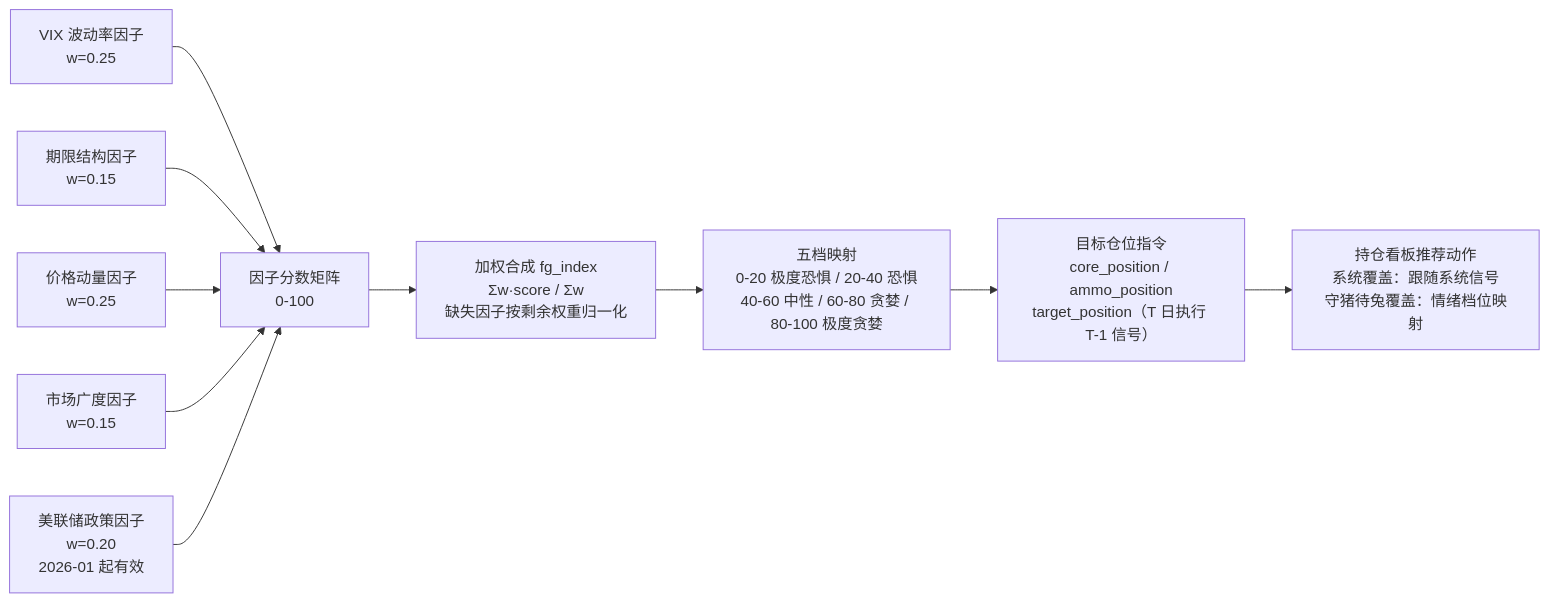
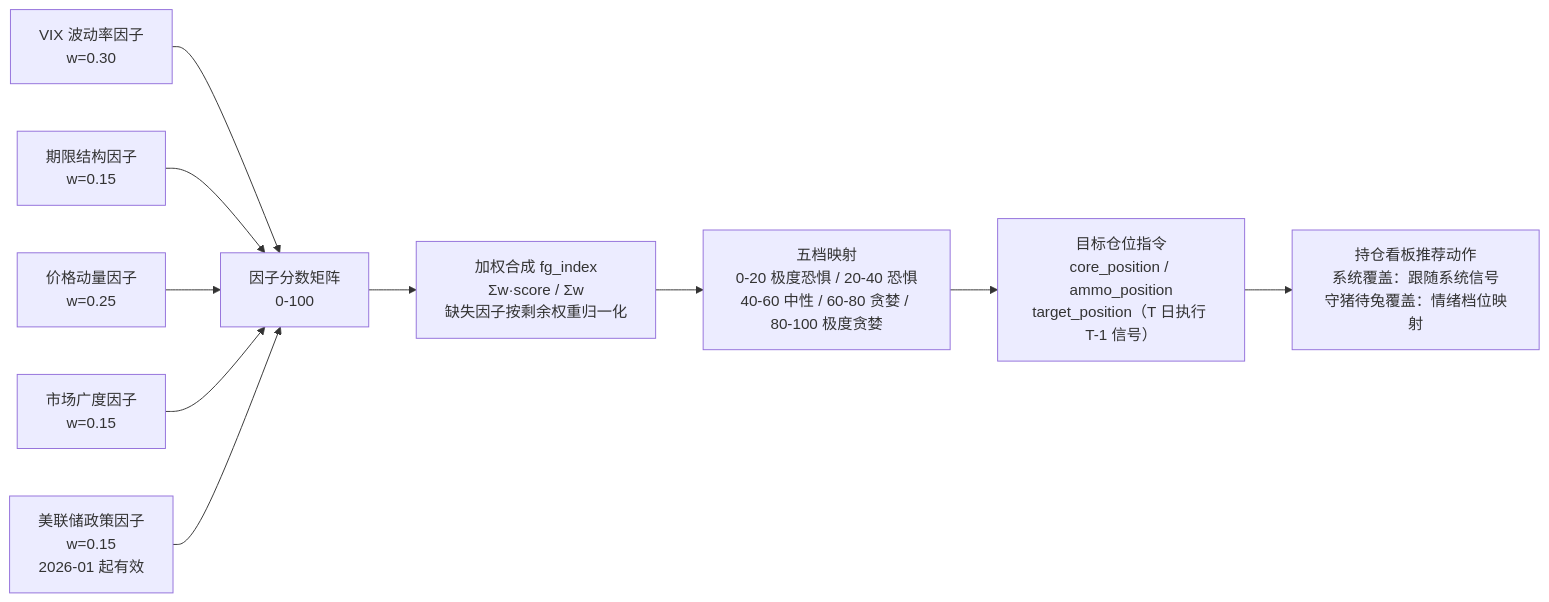
One commit to mengyan183/learning_backtrader changed the second of 2 diagrams in docs/factor-engine.md. Above: the diagram before and after it, drawn with Mermaid. The commit also changed other lines of this file and 2 other files, not shown here.

First line of the commit message:
v2.2 权重校准: fed 0.20→0.15 回补 vix 至 0.30

````diff
--- a/docs/factor-engine.md
+++ b/docs/factor-engine.md
@@ -86,12 +86,12 @@
 ```mermaid
 flowchart LR
-    V[VIX 波动率因子<br/>w=0.25] --> S[因子分数矩阵<br/>0-100]
+    V[VIX 波动率因子<br/>w=0.30] --> S[因子分数矩阵<br/>0-100]
     T[期限结构因子<br/>w=0.15] --> S
     P[价格动量因子<br/>w=0.25] --> S
     B[市场广度因子<br/>w=0.15] --> S
-    F[美联储政策因子<br/>w=0.20<br/>2026-01 起有效] --> S
+    F[美联储政策因子<br/>w=0.15<br/>2026-01 起有效] --> S
     S --> W[加权合成 fg_index<br/>Σw·score / Σw<br/>缺失因子按剩余权重归一化]
     W --> Z[五档映射<br/>0-20 极度恐惧 / 20-40 恐惧<br/>40-60 中性 / 60-80 贪婪 / 80-100 极度贪婪]
     Z --> SIG[目标仓位指令<br/>core_position / ammo_position<br/>target_position（T 日执行 T-1 信号）]
     SIG --> ACT[持仓看板推荐动作<br/>系统覆盖：跟随系统信号<br/>守猪待兔覆盖：情绪档位映射]
 ```
````
